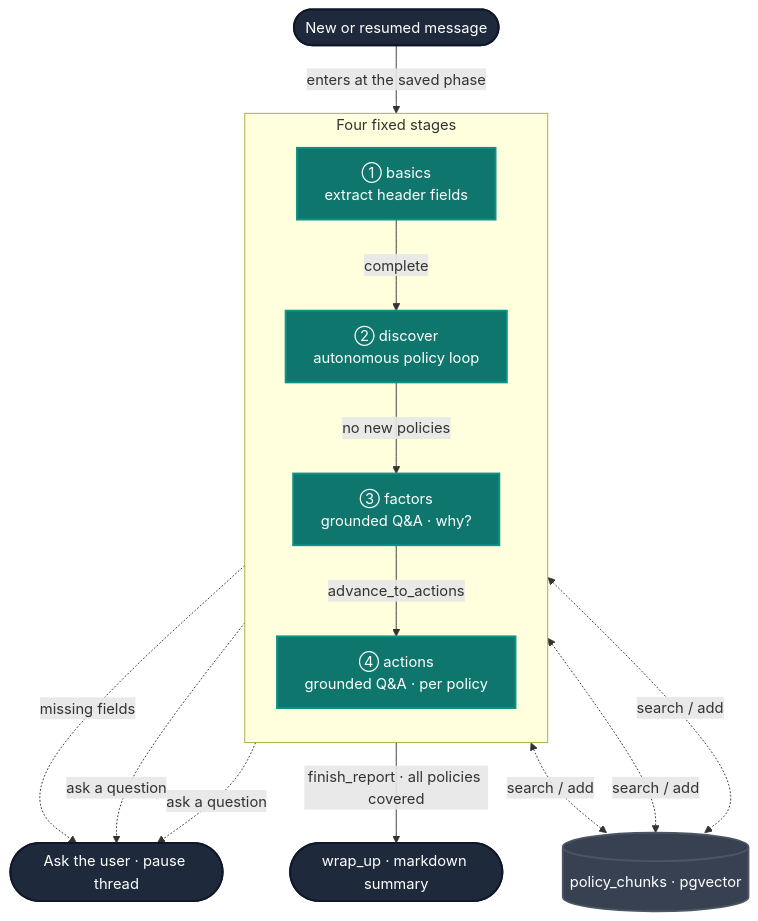
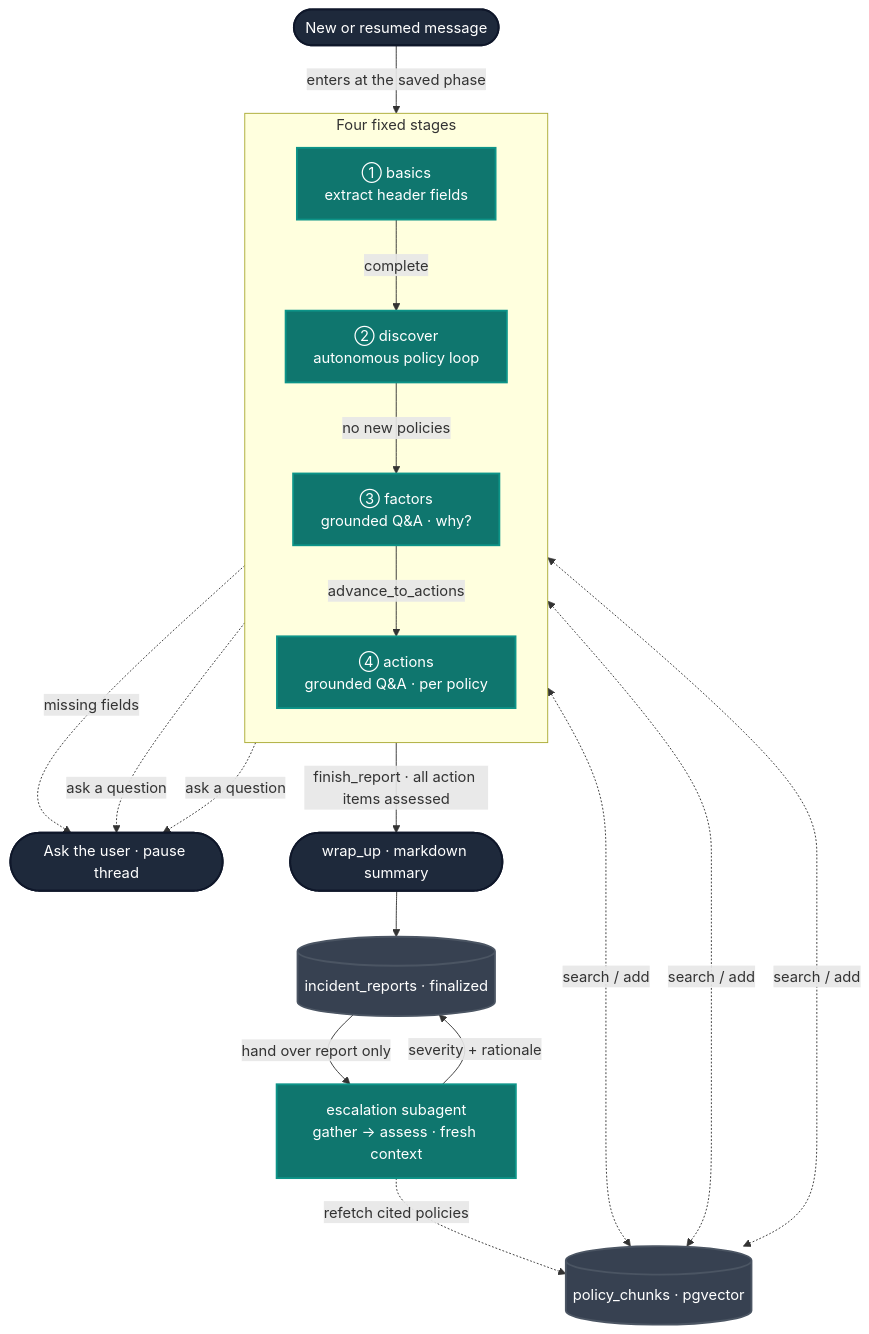
One commit to rmikulec/careai changed the diagram in design-docs/incident-reporting.md. Above: the diagram before and after it, drawn with Mermaid. The commit also changed other lines of this file and 4 other files, not shown here.

````diff
--- a/design-docs/incident-reporting.md
+++ b/design-docs/incident-reporting.md
@@ -100,34 +169,39 @@
 ```mermaid
 graph TD
     classDef stage fill:#0F766E,stroke:#0D9488,color:#FFFFFF,stroke-width:2px
     classDef io fill:#1E293B,stroke:#0F172A,color:#FFFFFF,stroke-width:2px
     classDef store fill:#374151,stroke:#4B5563,color:#FFFFFF,stroke-width:2px
 
     START([New or resumed message]):::io
     WAIT([Ask the user · pause thread]):::io
     WRAP([wrap_up · markdown summary]):::io
     POL[(policy_chunks · pgvector)]:::store
 
     START -->|enters at the saved phase| basics
 
     subgraph PIPE [Four fixed stages]
         direction TB
         basics["① basics<br/>extract header fields"]:::stage
         discover["② discover<br/>autonomous policy loop"]:::stage
         factors["③ factors<br/>grounded Q&A · why?"]:::stage
         actions["④ actions<br/>grounded Q&A · per policy"]:::stage
 
         basics -->|complete| discover
         discover -->|no new policies| factors
         factors -->|advance_to_actions| actions
     end
 
     basics -. missing fields .-> WAIT
     factors -. ask a question .-> WAIT
     actions -. ask a question .-> WAIT
-    actions -->|finish_report · all policies covered| WRAP
+    actions -->|finish_report · all action items assessed| WRAP
 
     discover <-. search / add .-> POL
     factors  <-. search / add .-> POL
     actions  <-. search / add .-> POL
+
+    WRAP --> SAVE[(incident_reports · finalized)]:::store
+    SAVE -->|hand over report only| ESC["escalation subagent<br/>gather → assess · fresh context"]:::stage
+    ESC -. refetch cited policies .-> POL
+    ESC -->|severity + rationale| SAVE
 ```
````
